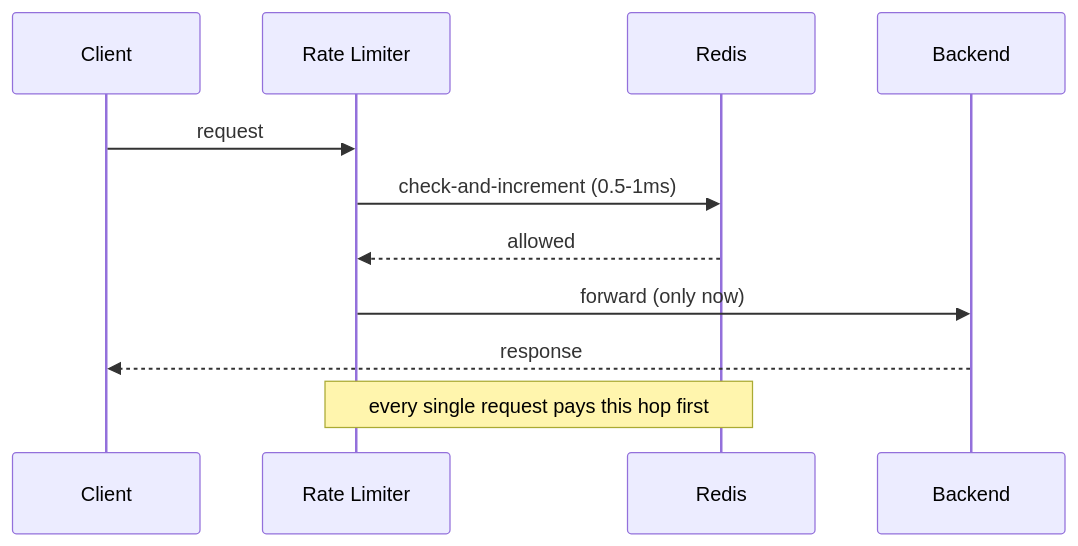
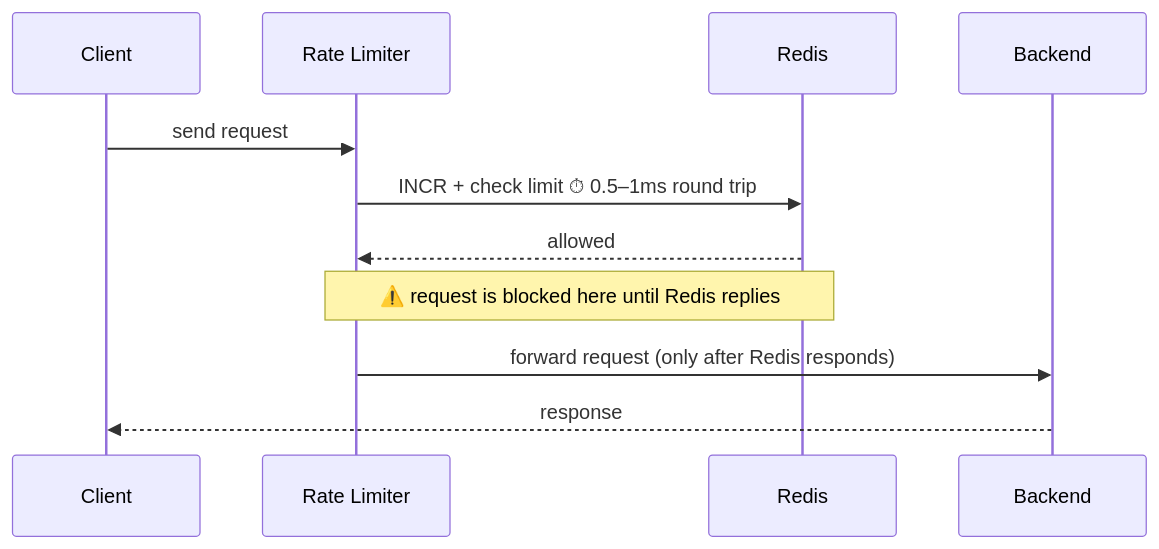
One commit to riyaz-pasha/Learnings changed the ninth of 17 diagrams in system-design/HLD/0-course/19-Rate-Limiter-FAANG-Guide-story.md. Above: the diagram before and after it, drawn with Mermaid. The commit also changed other lines of this file, not shown here.

Commit message:
rewrite: simplify english and clean up mermaid diagrams in rate limiter story guide

````diff
--- a/system-design/HLD/0-course/19-Rate-Limiter-FAANG-Guide-story.md
+++ b/system-design/HLD/0-course/19-Rate-Limiter-FAANG-Guide-story.md
@@ -196,14 +378,14 @@
 ```mermaid
 sequenceDiagram
     participant C as Client
     participant RL as Rate Limiter
     participant Store as Redis
     participant BE as Backend
 
-    C->>RL: request
-    RL->>Store: check-and-increment (0.5-1ms)
+    C->>RL: send request
+    RL->>Store: INCR + check limit ⏱ 0.5–1ms round trip
     Store-->>RL: allowed
-    RL->>BE: forward (only now)
+    Note over RL,Store: ⚠️ request is blocked here until Redis replies
+    RL->>BE: forward request (only after Redis responds)
     BE-->>C: response
-    Note over RL,Store: every single request pays this hop first
 ```
````
